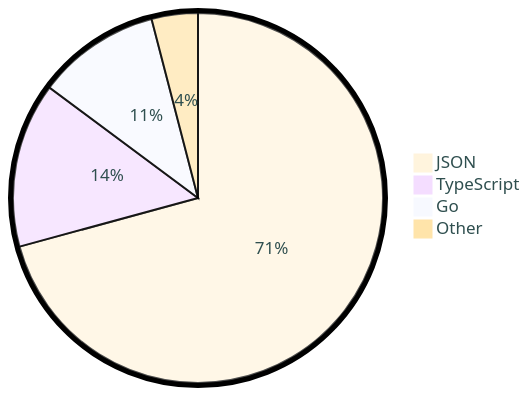
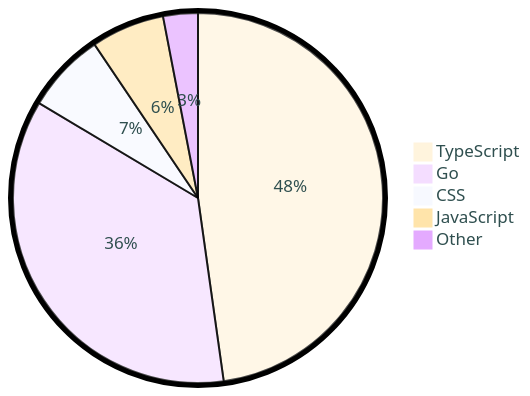
The diagram in README.md (tot0p/tot0p), drawn with Mermaid before and after one commit. The commit also changed other lines of this file, not shown here.

````diff
--- a/README.md
+++ b/README.md
@@ -118,8 +117,9 @@
 ```mermaid
 %%{init: {"pie": {"textPosition": 0.5}, "themeVariables": {"pieOuterStrokeWidth": "5px","primaryTextColor" : "#2F4F4F"},"theme":"base"} }%%
 pie
-	"JSON": 70.77
-	"TypeScript": 14.4
-	"Go": 10.79
-	"Other": 4.04
+	"TypeScript": 47.78
+	"Go": 35.78
+	"CSS": 7.0
+	"JavaScript": 6.41
+	"Other": 3.03
 ```
````
